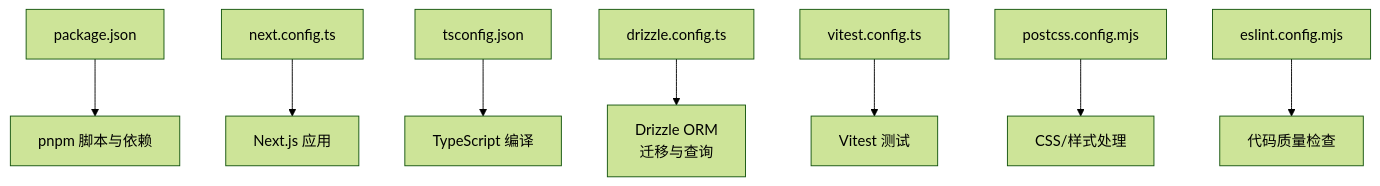
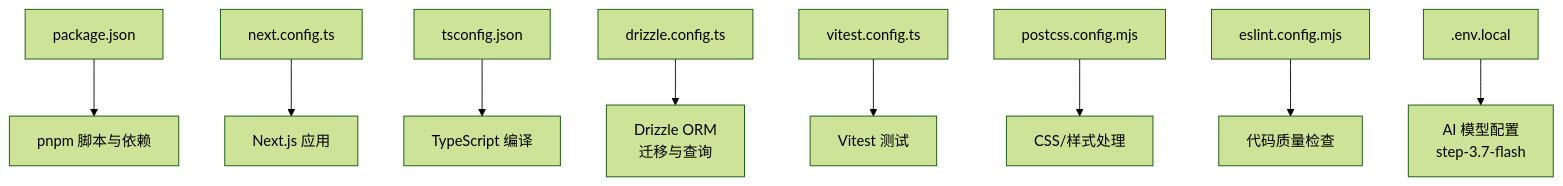
One commit to AIMFllyYS/code-video-canvas changed the first of 5 diagrams in .qoder/repowiki/zh/content/开发指南/环境配置.md. Above: the diagram before and after it, drawn with Mermaid (forest theme). The commit also changed other lines of this file and 18 other files, not shown here.

````diff
--- a/.qoder/repowiki/zh/content/开发指南/环境配置.md
+++ b/.qoder/repowiki/zh/content/开发指南/环境配置.md
@@ -49,10 +56,11 @@
 ```mermaid
 graph TB
 A["package.json"] --> B["pnpm 脚本与依赖"]
 C["next.config.ts"] --> D["Next.js 应用"]
 E["tsconfig.json"] --> F["TypeScript 编译"]
 G["drizzle.config.ts"] --> H["Drizzle ORM<br/>迁移与查询"]
 I["vitest.config.ts"] --> J["Vitest 测试"]
 K["postcss.config.mjs"] --> L["CSS/样式处理"]
 M["eslint.config.mjs"] --> N["代码质量检查"]
+O[".env.local"] --> P["AI 模型配置<br/>step-3.7-flash"]
 ```
````
